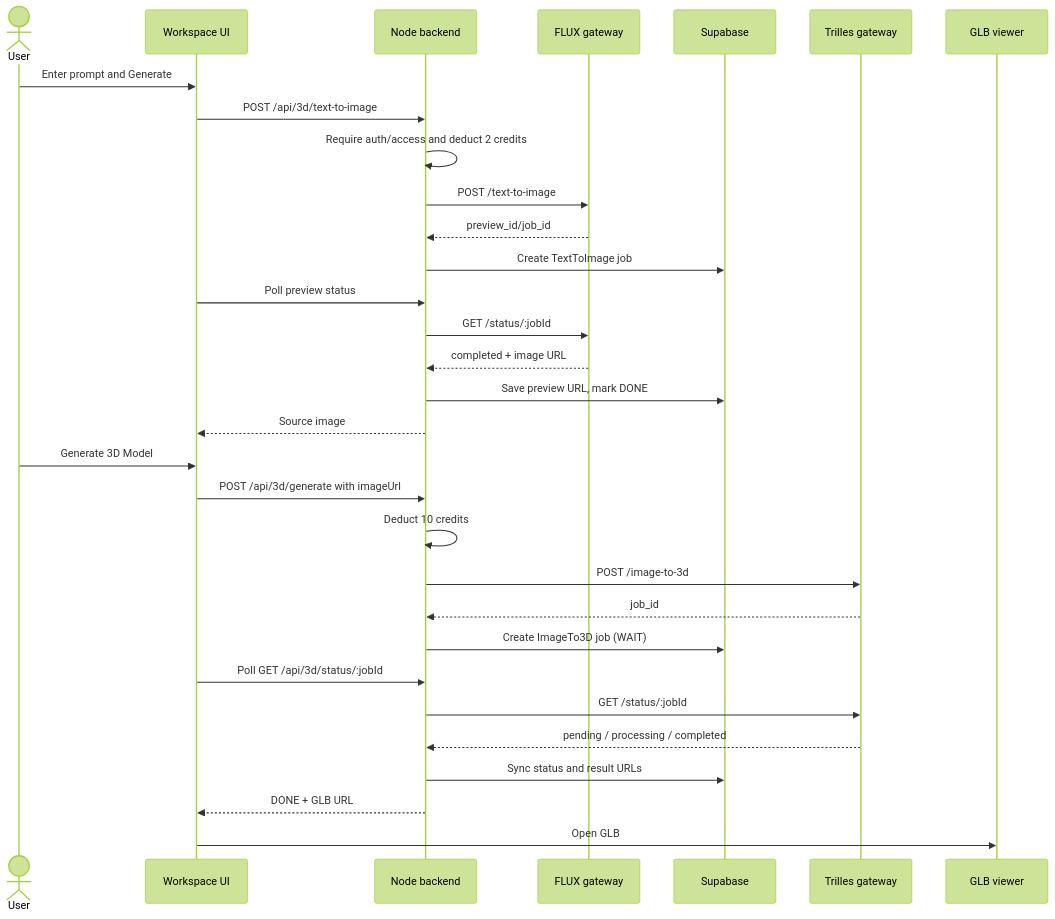
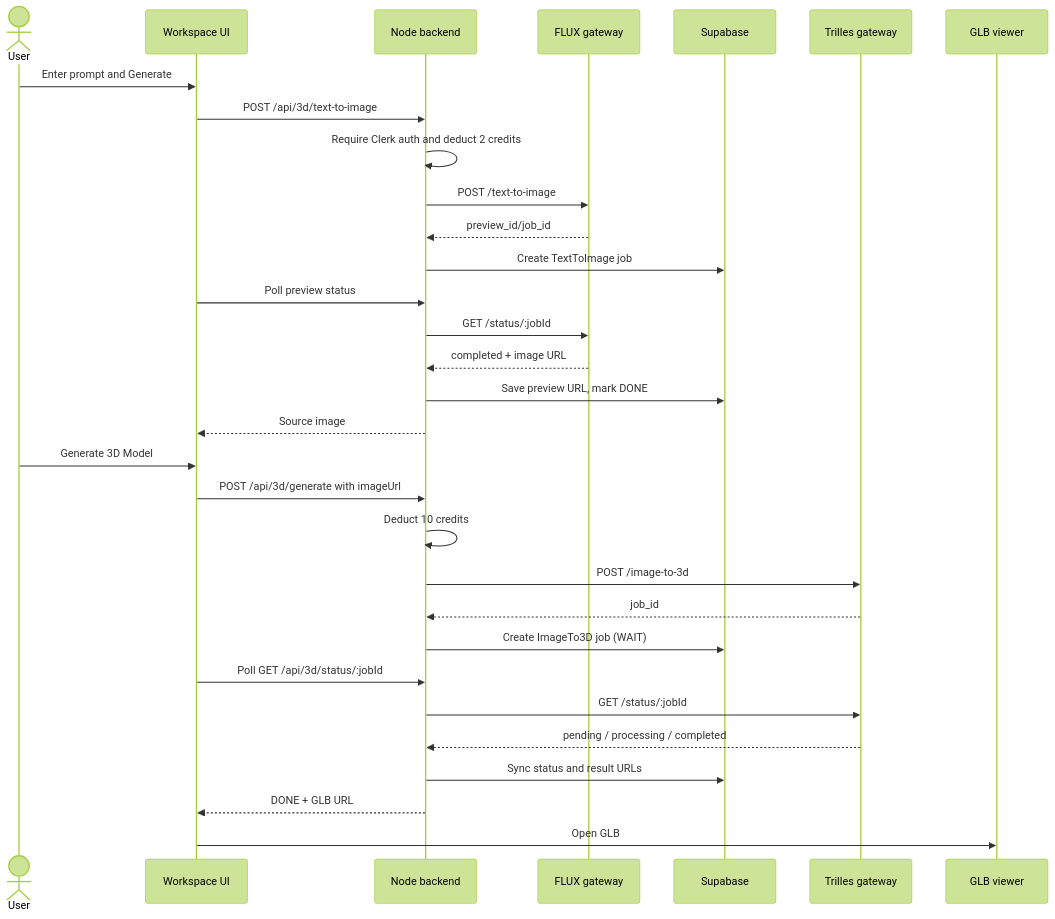
One commit to dhanushyangal/hyd-f changed the second of 3 diagrams in docs/GENERATION_FLOWS.md. Above: the diagram before and after it, drawn with Mermaid (forest theme). The commit also changed other lines of this file and 14 other files, not shown here.

````diff
--- a/docs/GENERATION_FLOWS.md
+++ b/docs/GENERATION_FLOWS.md
@@ -55,34 +74,34 @@
 ```mermaid
 sequenceDiagram
     actor User
     participant UI as Workspace UI
     participant API as Node backend
     participant Flux as FLUX gateway
     participant DB as Supabase
     participant Trellis as Trilles gateway
     participant Viewer as GLB viewer
 
     User->>UI: Enter prompt and Generate
     UI->>API: POST /api/3d/text-to-image
-    API->>API: Require auth/access and deduct 2 credits
+    API->>API: Require Clerk auth and deduct 2 credits
     API->>Flux: POST /text-to-image
     Flux-->>API: preview_id/job_id
     API->>DB: Create TextToImage job
     UI->>API: Poll preview status
     API->>Flux: GET /status/:jobId
     Flux-->>API: completed + image URL
     API->>DB: Save preview URL, mark DONE
     API-->>UI: Source image
     User->>UI: Generate 3D Model
     UI->>API: POST /api/3d/generate with imageUrl
     API->>API: Deduct 10 credits
     API->>Trellis: POST /image-to-3d
     Trellis-->>API: job_id
     API->>DB: Create ImageTo3D job (WAIT)
     UI->>API: Poll GET /api/3d/status/:jobId
     API->>Trellis: GET /status/:jobId
     Trellis-->>API: pending / processing / completed
     API->>DB: Sync status and result URLs
     API-->>UI: DONE + GLB URL
     UI->>Viewer: Open GLB
 ```
````
